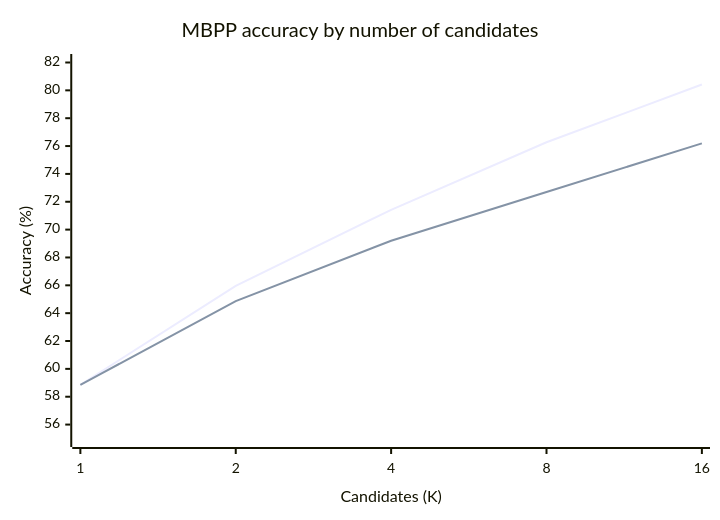
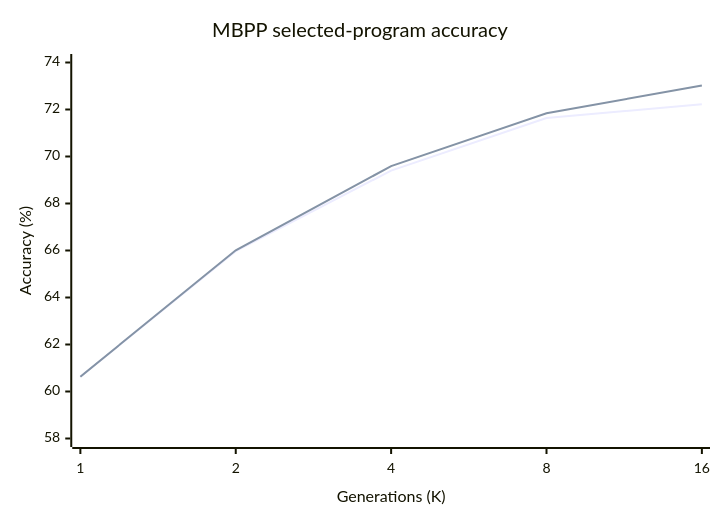
Before and after one commit to kunal-sinha-coding/personal-website: the first of 2 diagrams in blog/teaching_absurdly_tiny_llms_to_code.md, drawn with Mermaid. The commit also changed other lines of this file and 1 other file, not shown here.

Commit message:
Restructure result tables around selected accuracy

````diff
--- a/blog/teaching_absurdly_tiny_llms_to_code.md
+++ b/blog/teaching_absurdly_tiny_llms_to_code.md
@@ -183,8 +199,8 @@
 ```mermaid
 xychart-beta
-    title "MBPP accuracy by number of candidates"
-    x-axis "Candidates (K)" [1, 2, 4, 8, 16]
-    y-axis "Accuracy (%)" 55 --> 82
-    line "Raw sampling" [58.85, 65.96, 71.42, 76.27, 80.42]
-    line "Execution plus joint clustering" [58.85, 64.87, 69.20, 72.70, 76.19]
+    title "MBPP selected-program accuracy"
+    x-axis "Generations (K)" [1, 2, 4, 8, 16]
+    y-axis "Accuracy (%)" 58 --> 74
+    line "Execution verifier" [60.63, 65.97, 69.40, 71.64, 72.22]
+    line "Execution verifier plus clustering" [60.63, 66.01, 69.59, 71.84, 73.02]
 ```
````
